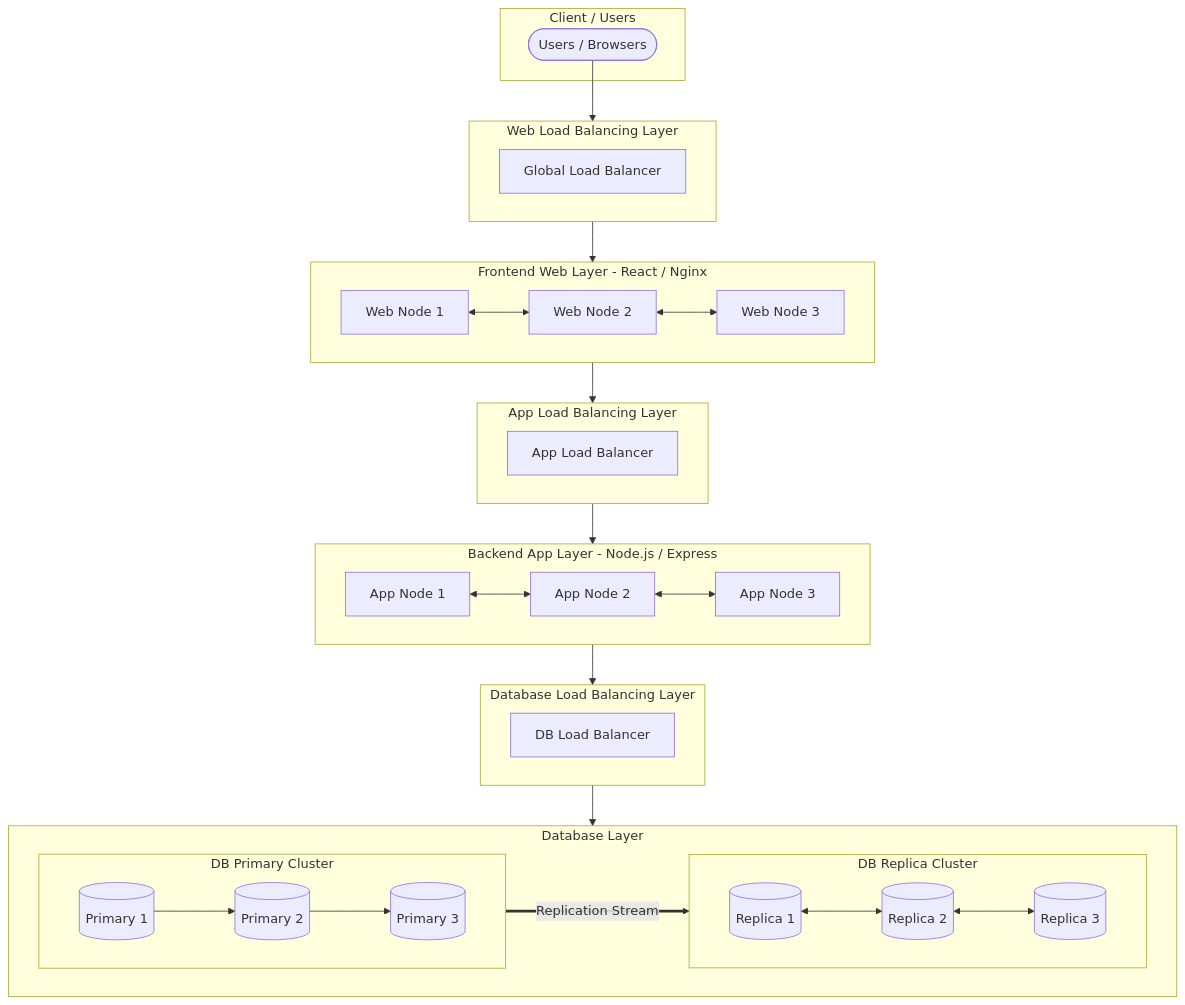
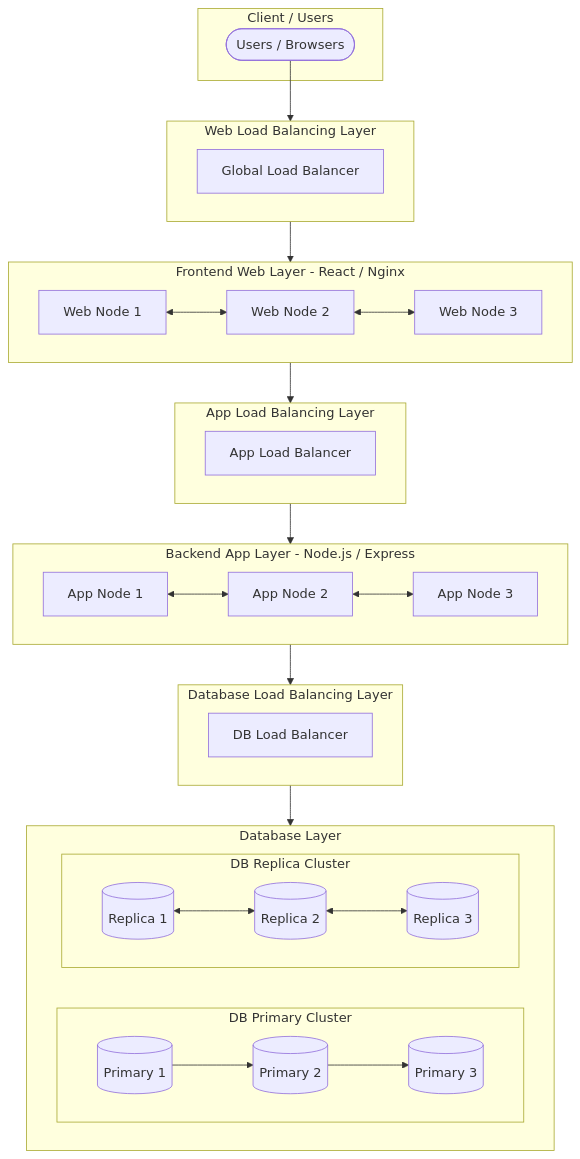
The diagram in ServiceExample.md (saackerman/diagram-concepts-mermaid), drawn with Mermaid before and after one commit.

Commit message:
Add replication traffic diagram to ServiceExample.md

````diff
--- a/ServiceExample.md
+++ b/ServiceExample.md
@@ -1,58 +1,55 @@
 ```mermaid
 graph TD
     subgraph Client [Client / Users]
         User([Users / Browsers])
     end
 
     subgraph LB [Web Load Balancing Layer]
         direction LR
         ALB[Global Load Balancer]
     end
 
     subgraph WebLayer [Frontend Web Layer - React / Nginx]
         direction LR
         w1[Web Node 1] <--> w2[Web Node 2]
         w2 <--> w3[Web Node 3]
     end
 
     subgraph APLB [App Load Balancing Layer]
         direction LR
         aplb[App Load Balancer]
     end
 
     subgraph AppLayer [Backend App Layer - Node.js / Express]
         direction LR
         a1[App Node 1] <--> a2[App Node 2]
         a2 <--> a3[App Node 3]
     end
 
     subgraph DBLB [Database Load Balancing Layer]
         direction LR
         dblb[DB Load Balancer]
     end
 
     subgraph DatabaseLayer [Database Layer]
         subgraph PrimaryCluster [DB Primary Cluster]
             direction LR
             p1[(Primary 1)] --> p2[(Primary 2)]
             p2 --> p3[(Primary 3)]
         end
 
         subgraph ReplicaCluster [DB Replica Cluster]
             direction LR
             r1[(Replica 1)] <--> r2[(Replica 2)]
             r2 <--> r3[(Replica 3)]
         end
     end
 
     %% North-South Inter-layer Connections (Following the Layer -> LB -> Layer pattern)
     User --> ALB
     ALB --> WebLayer
     WebLayer --> APLB
     APLB --> AppLayer
     AppLayer --> DBLB
     DBLB --> DatabaseLayer
-
-    %% East-West / Cross-Cluster Replication Traffic
-    PrimaryCluster ==>|Replication Stream| ReplicaCluster
 ```
````
